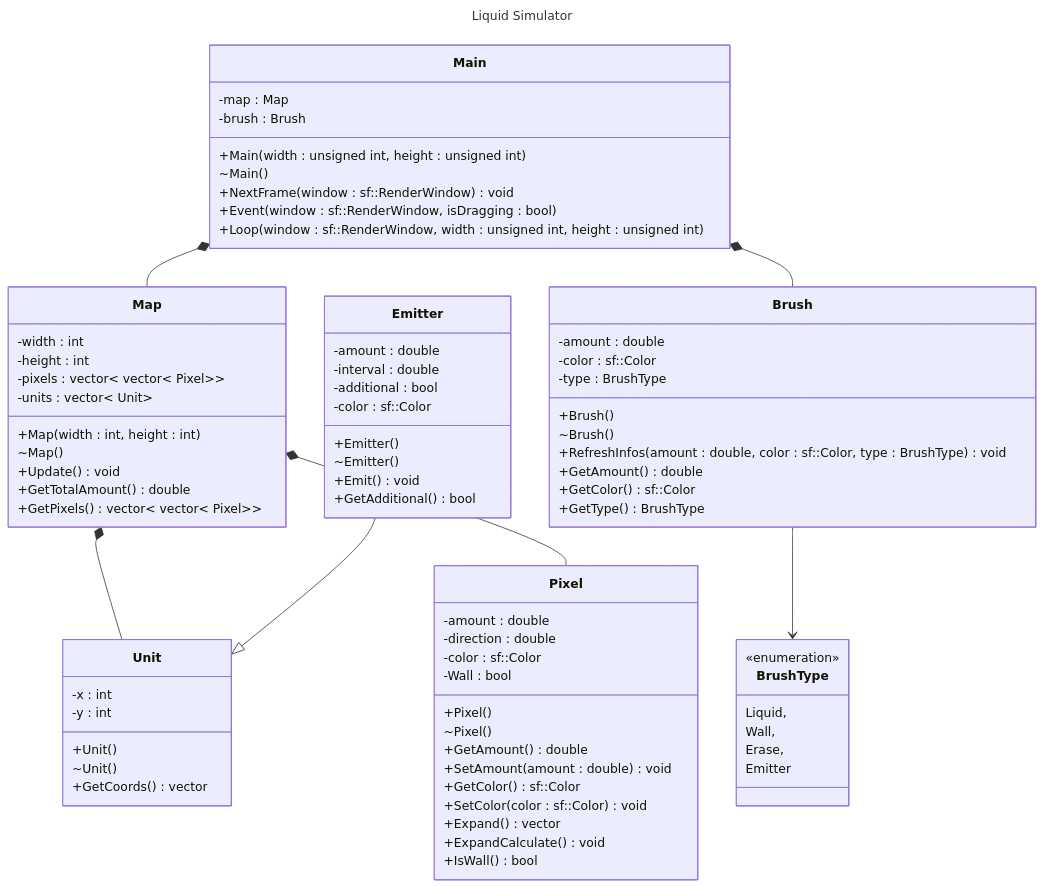
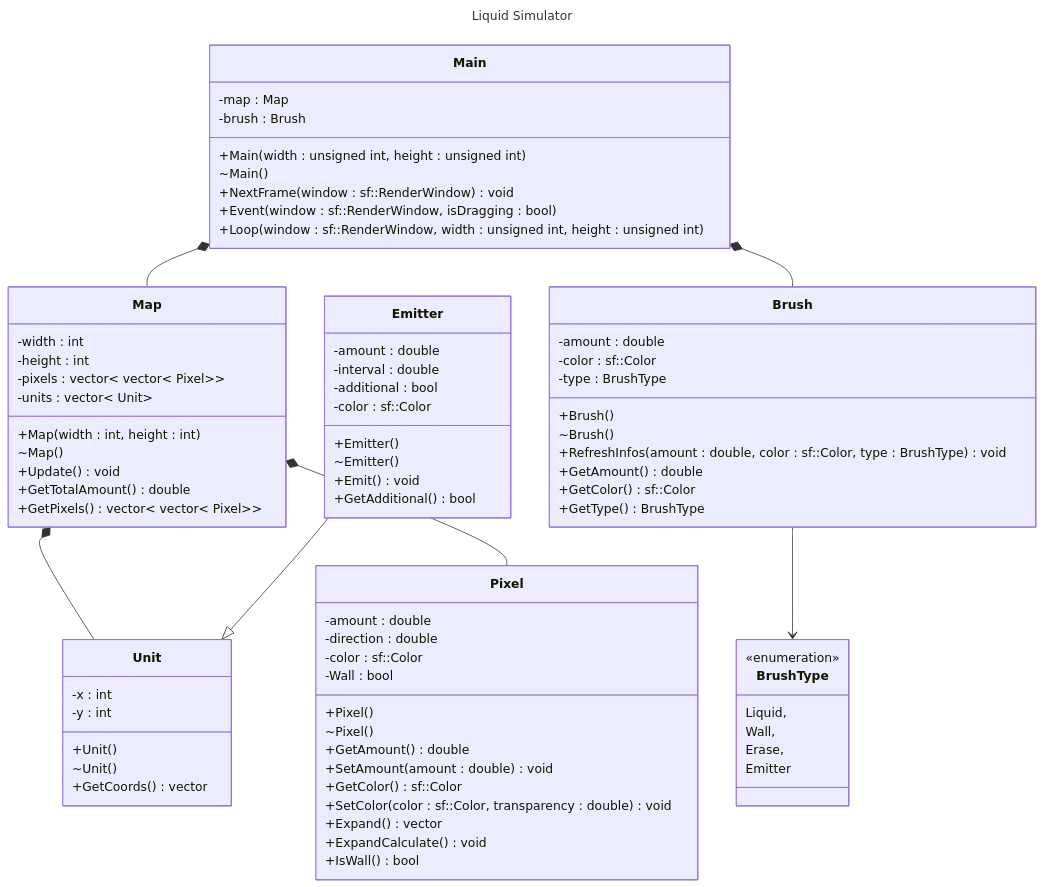
Before and after one commit to LogicLoic/Liquid-Simulator: the diagram in README.md, drawn with Mermaid. The commit also changed 5 other files, not shown here.

```diff
--- a/README.md
+++ b/README.md
@@ -40,7 +40,7 @@
         +GetAmount() double
         +SetAmount(amount : double) void
         +GetColor() sf::Color
-        +SetColor(color : sf::Color) void
+        +SetColor(color : sf::Color, transparency : double) void
         +Expand() vector<double>
         +ExpandCalculate() void
         +IsWall() bool
```
